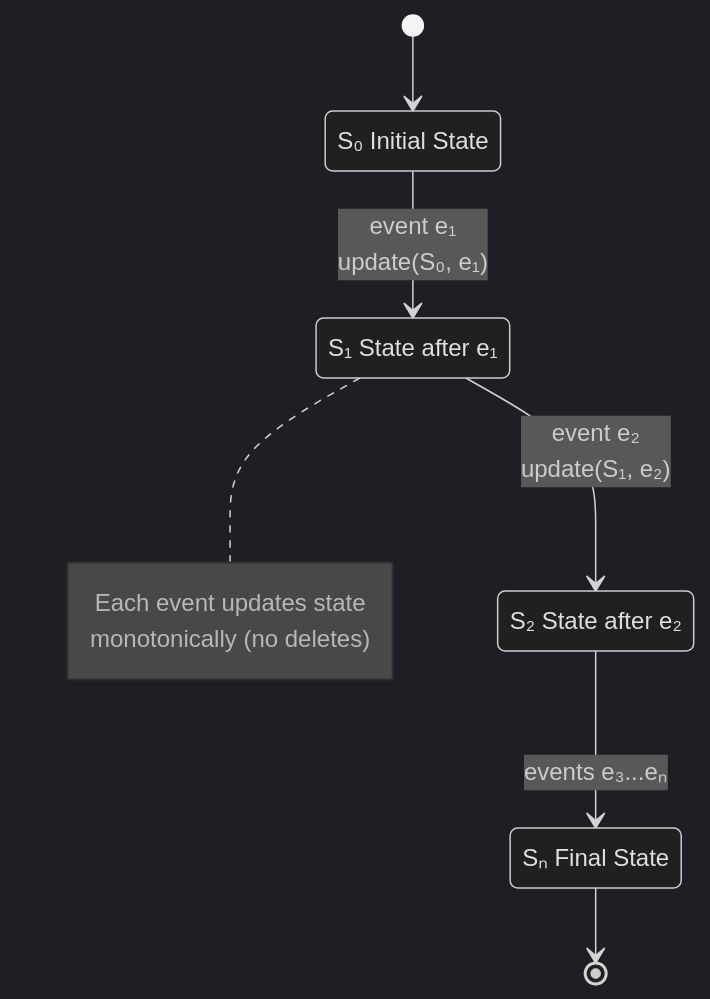
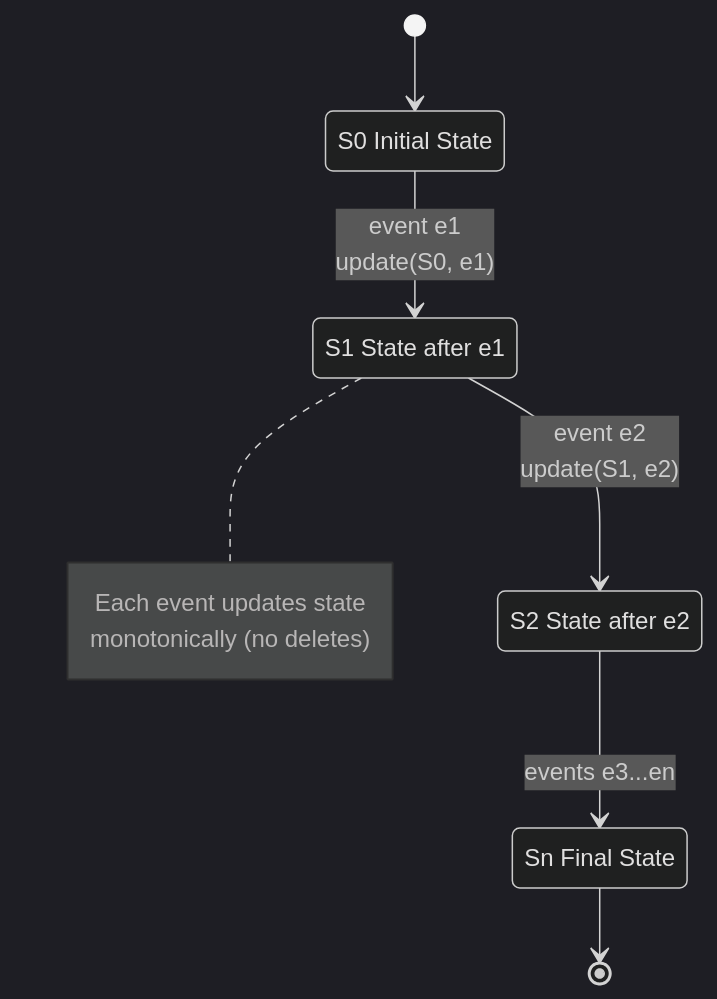
Before and after one commit to xkrajnan/Agentic_Design_Patterns: diagram 20 of 37 in docs/10_UNIFIED_THEORY.md, drawn with Mermaid (dark theme). The commit also changed other lines of this file, not shown here.

First line of the commit message:
Fix Mermaid diagram rendering by replacing Unicode subscripts

````diff
--- a/docs/10_UNIFIED_THEORY.md
+++ b/docs/10_UNIFIED_THEORY.md
@@ -1169,18 +1169,18 @@
 ```mermaid
 stateDiagram-v2
-    S0: S₀ Initial State
-    S1: S₁ State after e₁
-    S2: S₂ State after e₂
-    Sn: Sₙ Final State
+    S0: S0 Initial State
+    S1: S1 State after e1
+    S2: S2 State after e2
+    Sn: Sn Final State
 
     [*] --> S0
-    S0 --> S1: event e₁<br/>update(S₀, e₁)
-    S1 --> S2: event e₂<br/>update(S₁, e₂)
-    S2 --> Sn: events e₃...eₙ
+    S0 --> S1: event e1<br/>update(S0, e1)
+    S1 --> S2: event e2<br/>update(S1, e2)
+    S2 --> Sn: events e3...en
     Sn --> [*]
 
     note right of S1
         Each event updates state
         monotonically (no deletes)
     end note
 ```
````
